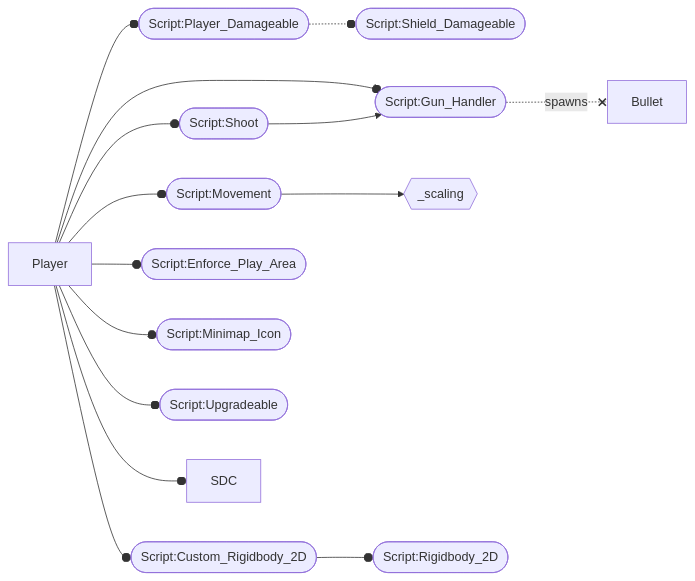
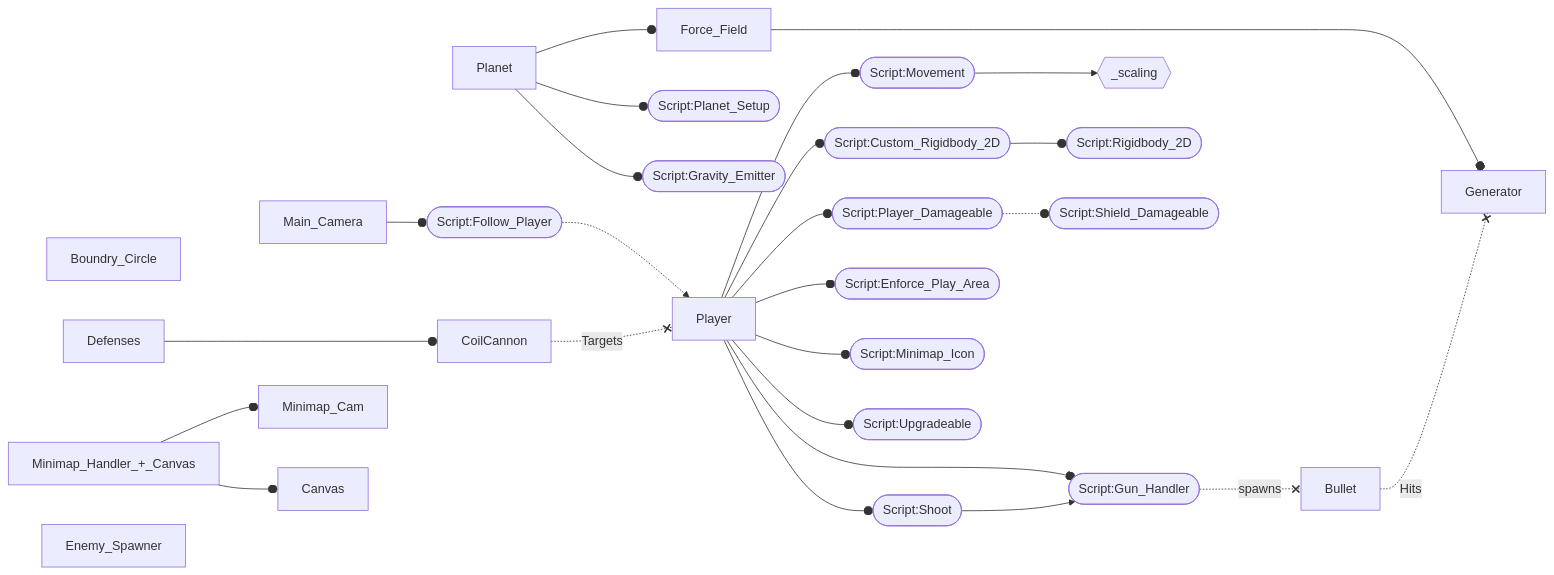
One commit to DuskBlossomGames/Voidwatch changed the second of 2 diagrams in Assets/DOCS.md. Above: the diagram before and after it, drawn with Mermaid. The commit also changed other lines of this file, not shown here.

````diff
--- a/Assets/DOCS.md
+++ b/Assets/DOCS.md
@@ -78,23 +79,45 @@
 ```mermaid
 flowchart LR;
 	P[Player]
 	SM([Script:Movement])
 	SCRB([Script:Custom_Rigidbody_2D])
 	SS([Script:Shoot])
 	SPD([Script:Player_Damageable])
 	SSD([Script:Shield_Damageable])
 	SEPA([Script:Enforce_Play_Area])
 	SGH([Script:Gun_Handler])
 	SMI([Script:Minimap_Icon])
 	SU([Script:Upgradeable])
 
 	scale{{_scaling}}
-	P --o SM & SDC & SCRB & SPD & SEPA & SMI & SU & SGH & SS
+	P --o SM & SCRB & SPD & SEPA & SMI & SU & SGH & SS
 	SS --> SGH
 	SM --> scale
 	SPD -.-o SSD
-	SGH -.-x|spawns| Bullet
+	SGH -.-x |spawns| Bullet
 	SCRB --o SRB([Script:Rigidbody_2D])
 	
+	MC[Main_Camera]
+	Pl[Planet]
+	FF[Force_Field]
+	G[Generator]
+	BC[Boundry_Circle]
+	MMHC[Minimap_Handler_+_Canvas]
+	MMC[Minimap_Cam]
+	C[Canvas]
+	D[Defenses]
+	CC[CoilCannon]
+	ES[Enemy_Spawner]
 	
+	Pl --o FF -----o G
+	Bullet -.-x |Hits| G
+	MMHC --o MMC & C
+	D ---o CC -.-x |Targets| P
+	
+	SFP([Script:Follow_Player])
+	SPS([Script:Planet_Setup])
+	SGE([Script:Gravity_Emitter])
+
+	MC --o SFP -.-> P
+	Pl --o SPS & SGE
 ```
````
